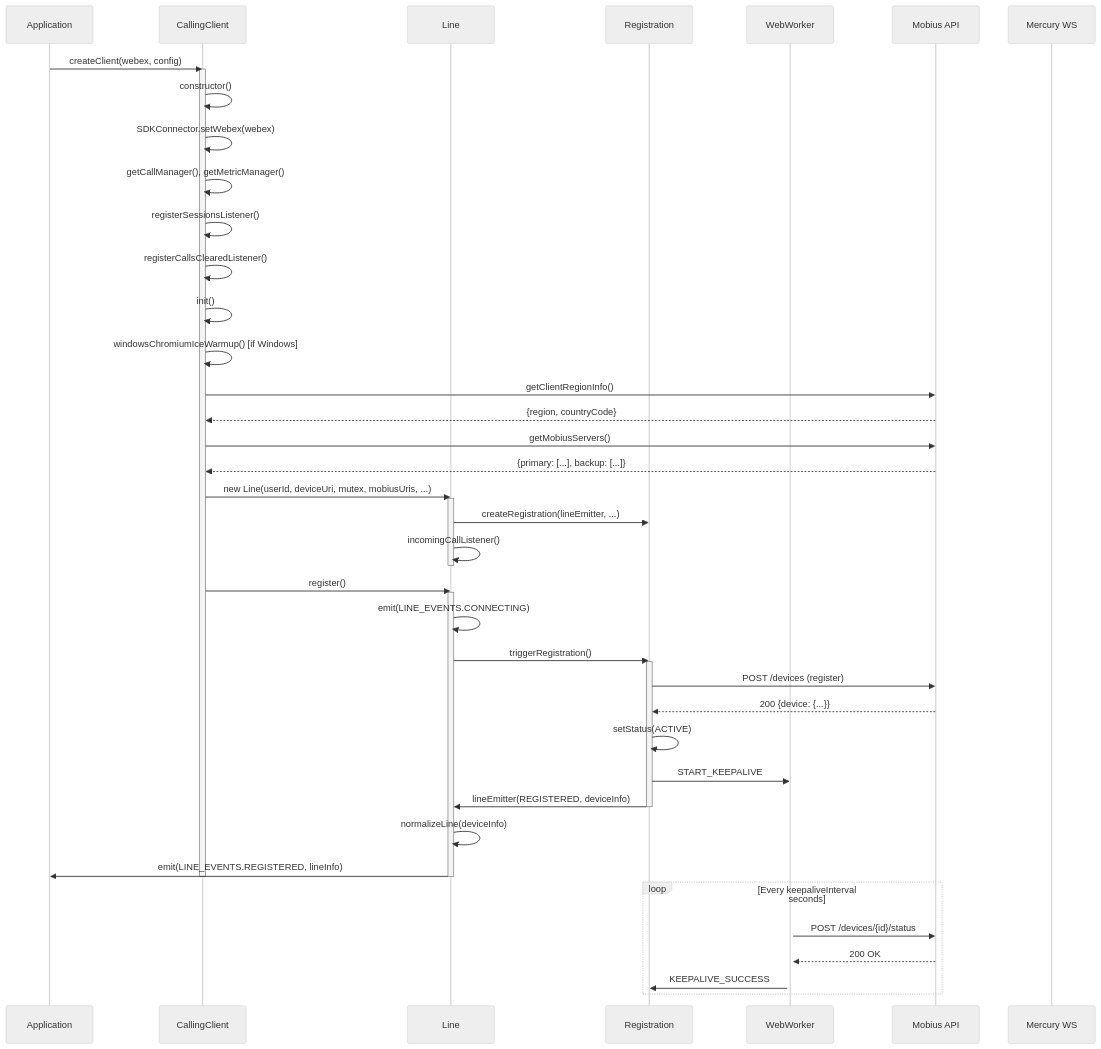
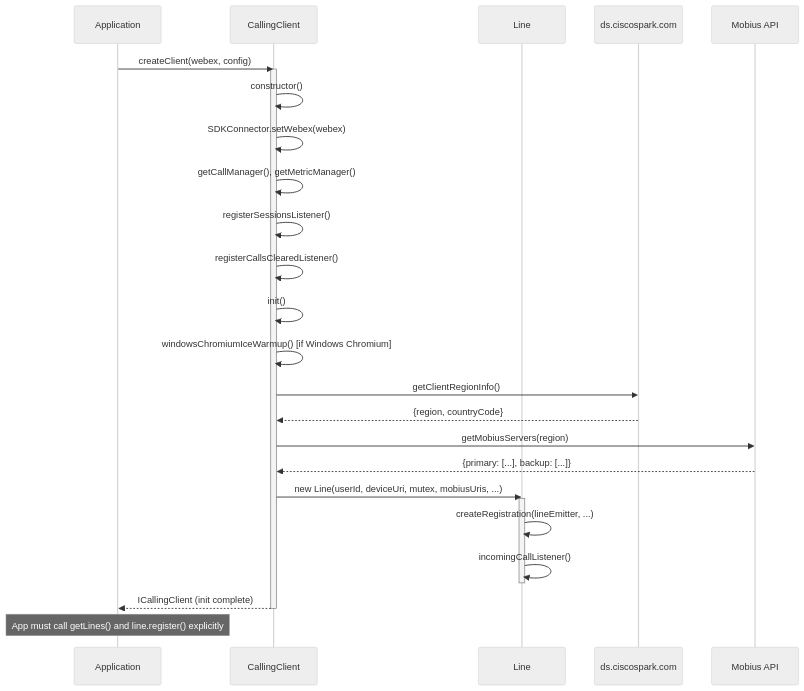
The second of 7 diagrams in packages/calling/src/CallingClient/ai-docs/ARCHITECTURE.md (webex/webex-js-sdk), drawn with Mermaid (neutral theme) before and after one commit. The commit also changed other lines of this file and 5 other files, not shown here.

````diff
--- a/packages/calling/src/CallingClient/ai-docs/ARCHITECTURE.md
+++ b/packages/calling/src/CallingClient/ai-docs/ARCHITECTURE.md
@@ -151,54 +146,34 @@
 ```mermaid
 sequenceDiagram
     participant App as Application
     participant CC as CallingClient
     participant Line as Line
-    participant Reg as Registration
-    participant Worker as WebWorker
+    participant DS as ds.ciscospark.com
     participant Mobius as Mobius API
-    participant Mercury as Mercury WS
 
     App->>CC: createClient(webex, config)
     activate CC
     CC->>CC: constructor()
     CC->>CC: SDKConnector.setWebex(webex)
     CC->>CC: getCallManager(), getMetricManager()
     CC->>CC: registerSessionsListener()
     CC->>CC: registerCallsClearedListener()
 
     CC->>CC: init()
-    CC->>CC: windowsChromiumIceWarmup() [if Windows]
-    CC->>Mobius: getClientRegionInfo()
-    Mobius-->>CC: {region, countryCode}
-    CC->>Mobius: getMobiusServers()
+    CC->>CC: windowsChromiumIceWarmup() [if Windows Chromium]
+    CC->>DS: getClientRegionInfo()
+    DS-->>CC: {region, countryCode}
+    CC->>Mobius: getMobiusServers(region)
     Mobius-->>CC: {primary: [...], backup: [...]}
 
     CC->>Line: new Line(userId, deviceUri, mutex, mobiusUris, ...)
     activate Line
-    Line->>Reg: createRegistration(lineEmitter, ...)
+    Line->>Line: createRegistration(lineEmitter, ...)
     Line->>Line: incomingCallListener()
     deactivate Line
 
-    CC->>Line: register()
-    activate Line
-    Line->>Line: emit(LINE_EVENTS.CONNECTING)
-    Line->>Reg: triggerRegistration()
-    activate Reg
-    Reg->>Mobius: POST /devices (register)
-    Mobius-->>Reg: 200 {device: {...}}
-    Reg->>Reg: setStatus(ACTIVE)
-    Reg->>Worker: START_KEEPALIVE
-    activate Worker
-    Reg->>Line: lineEmitter(REGISTERED, deviceInfo)
-    deactivate Reg
-    Line->>Line: normalizeLine(deviceInfo)
-    Line->>App: emit(LINE_EVENTS.REGISTERED, lineInfo)
-    deactivate Line
+    CC-->>App: ICallingClient (init complete)
     deactivate CC
 
-    loop Every keepaliveInterval seconds
-        Worker->>Mobius: POST /devices/{id}/status
-        Mobius-->>Worker: 200 OK
-        Worker->>Reg: KEEPALIVE_SUCCESS
-    end
+    Note over App: App must call getLines() and line.register() explicitly
 ```
````
